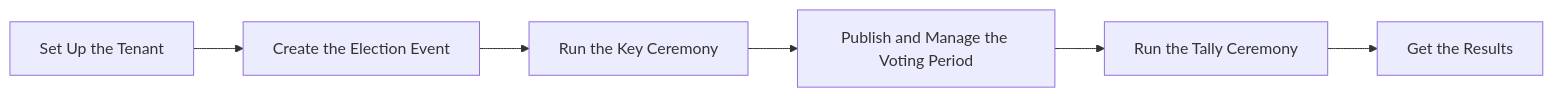
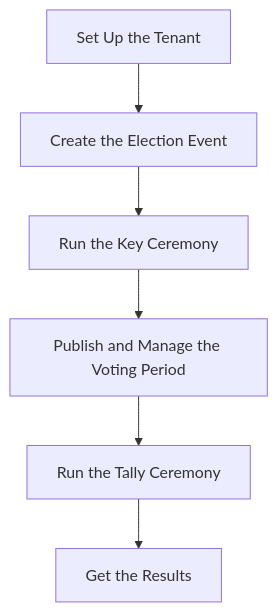
Before and after one commit to sequentech/step: the diagram in docs/docusaurus/docs/02-election_managers/00-before-you-start.md, drawn with Mermaid. The commit also changed other lines of this file and 6 other files, not shown here.

````diff
--- a/docs/docusaurus/docs/02-election_managers/00-before-you-start.md
+++ b/docs/docusaurus/docs/02-election_managers/00-before-you-start.md
@@ -18,8 +18,8 @@
 ```mermaid
-flowchart LR
+flowchart TD
   T[Set Up the Tenant] --> E[Create the Election Event]
   E --> K[Run the Key Ceremony]
   K --> P[Publish and Manage the Voting Period]
   P --> Y[Run the Tally Ceremony]
   Y --> R[Get the Results]
 ```
````
